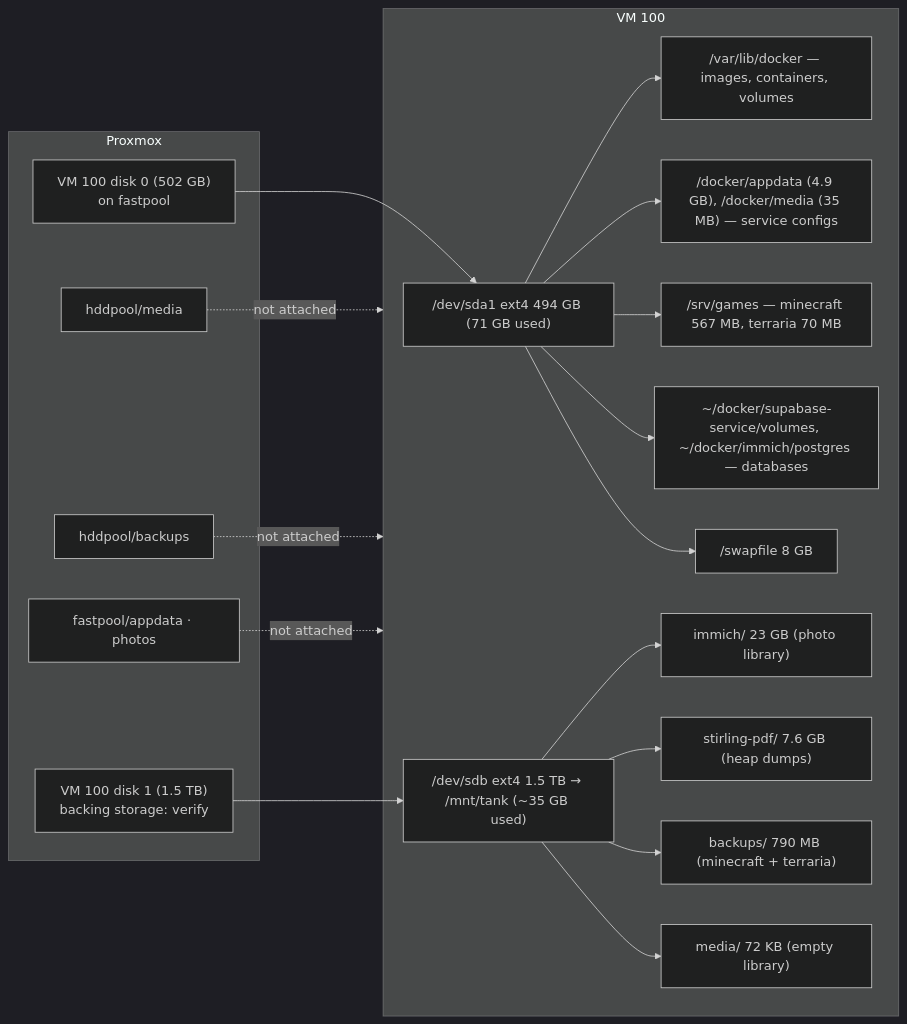
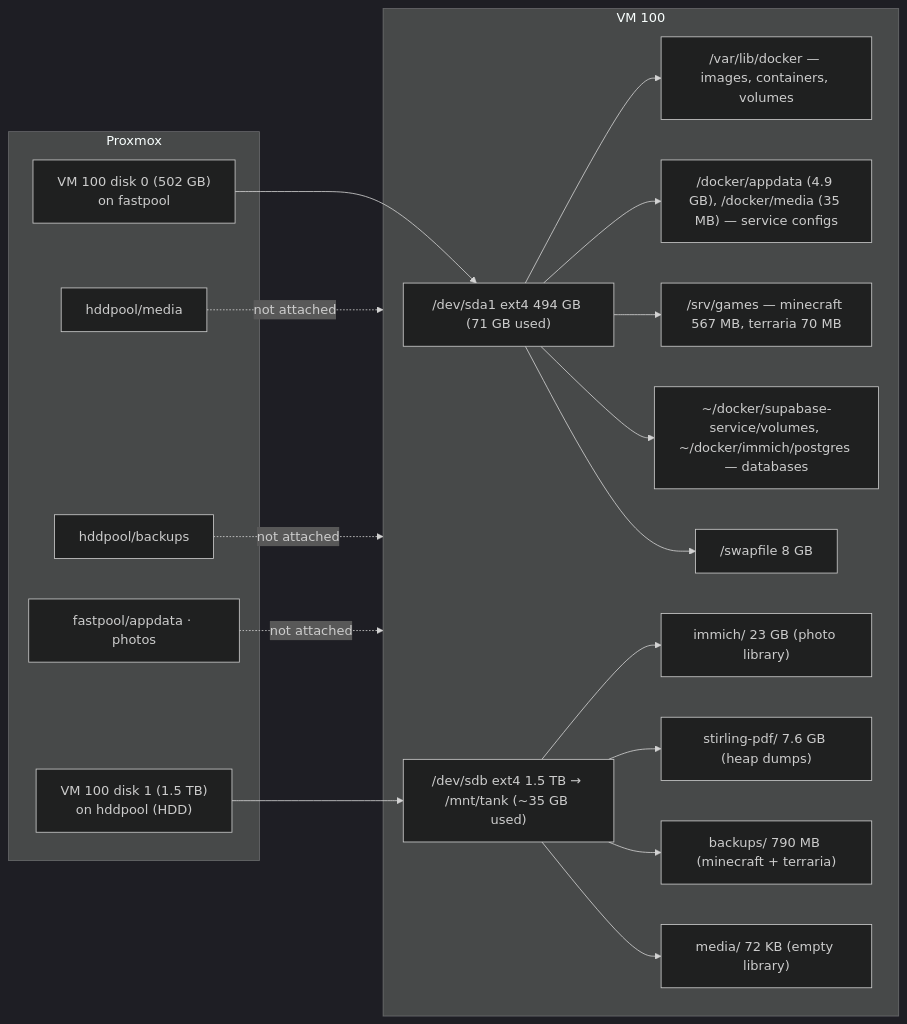
The second of 2 diagrams in architecture/host-and-vm.md (BigBoiToasty/homelab-docs), drawn with Mermaid (dark theme) before and after one commit. The commit also changed other lines of this file and 1 other file, not shown here.

Commit message:
docs: data disk is on hddpool, ARC checked, Terraria cron fixed

````diff
--- a/architecture/host-and-vm.md
+++ b/architecture/host-and-vm.md
@@ -69,28 +71,28 @@
 ```mermaid
 flowchart LR
     subgraph PVE["Proxmox"]
         A["VM 100 disk 0 (502 GB)<br/>on fastpool"]
-        B["VM 100 disk 1 (1.5 TB)<br/>backing storage: verify"]
+        B["VM 100 disk 1 (1.5 TB)<br/>on hddpool (HDD)"]
         E["hddpool/media"]
         F["hddpool/backups"]
         C["fastpool/appdata · photos"]
     end
     subgraph VM["VM 100"]
         SDA["/dev/sda1 ext4 494 GB (71 GB used)"]
         SDA --> R1["/var/lib/docker — images, containers, volumes"]
         SDA --> R2["/docker/appdata (4.9 GB), /docker/media (35 MB) — service configs"]
         SDA --> R3["/srv/games — minecraft 567 MB, terraria 70 MB"]
         SDA --> R4["~/docker/supabase-service/volumes, ~/docker/immich/postgres — databases"]
         SDA --> R5["/swapfile 8 GB"]
         SDB["/dev/sdb ext4 1.5 TB → /mnt/tank (~35 GB used)"]
         SDB --> T1["immich/ 23 GB (photo library)"]
         SDB --> T2["stirling-pdf/ 7.6 GB (heap dumps)"]
         SDB --> T3["backups/ 790 MB (minecraft + terraria)"]
         SDB --> T4["media/ 72 KB (empty library)"]
     end
     A --> SDA
     B --> SDB
     E -. "not attached" .-> VM
     F -. "not attached" .-> VM
     C -. "not attached" .-> VM
 ```
````
